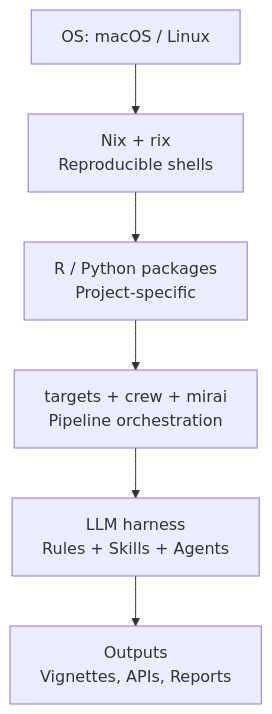
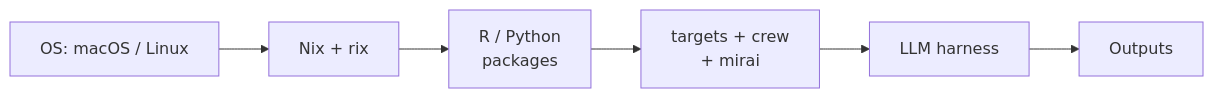
One commit to JohnGavin/llm changed the first of 5 diagrams in vignettes/closeread-infrastructure.qmd. Above: the diagram before and after it, drawn with Mermaid. The commit also changed other lines of this file, not shown here.

First line of the commit message:
fix: diagrams outside tabs, horizontal layout, dark header, no TOC (#66)

````diff
--- a/vignettes/closeread-infrastructure.qmd
+++ b/vignettes/closeread-infrastructure.qmd
@@ -54,11 +53,8 @@
 ```{mermaid}
-%%| fig-cap: "Software stack from OS through Nix to project outputs. Each layer inherits the reproducibility guarantees of the layer below. [rix](https://docs.ropensci.org/rix/){target='_blank'} translates `default.R` into `default.nix`. [targets](https://docs.ropensci.org/targets/){target='_blank'}, [crew](https://wlandau.github.io/crew/){target='_blank'}, and [mirai](https://shikokuchuo.net/mirai/){target='_blank'} orchestrate computation. Source: `plan_vignette_closeread.R`."
-graph TD
-  OS["OS: macOS / Linux"]
-  Nix["Nix + rix<br/>Reproducible shells"]
-  Pkgs["R / Python packages<br/>Project-specific"]
-  Orch["targets + crew + mirai<br/>Pipeline orchestration"]
-  LLM["LLM harness<br/>Rules + Skills + Agents"]
-  Out["Outputs<br/>Vignettes, APIs, Reports"]
-  OS --> Nix --> Pkgs --> Orch --> LLM --> Out
+%%| fig-cap: "Software stack from OS through [Nix](https://nixos.org/){target='_blank'} to project outputs. [rix](https://docs.ropensci.org/rix/){target='_blank'} translates `default.R` into `default.nix`. [targets](https://docs.ropensci.org/targets/){target='_blank'}, [crew](https://wlandau.github.io/crew/){target='_blank'}, and [mirai](https://shikokuchuo.net/mirai/){target='_blank'} orchestrate computation."
+graph LR
+  OS["OS: macOS / Linux"] --> Nix["Nix + rix"] --> Pkgs["R / Python<br/>packages"]
+  Pkgs --> Orch["targets + crew<br/>+ mirai"]
+  Orch --> LLM["LLM harness"]
+  LLM --> Out["Outputs"]
 ```
````
